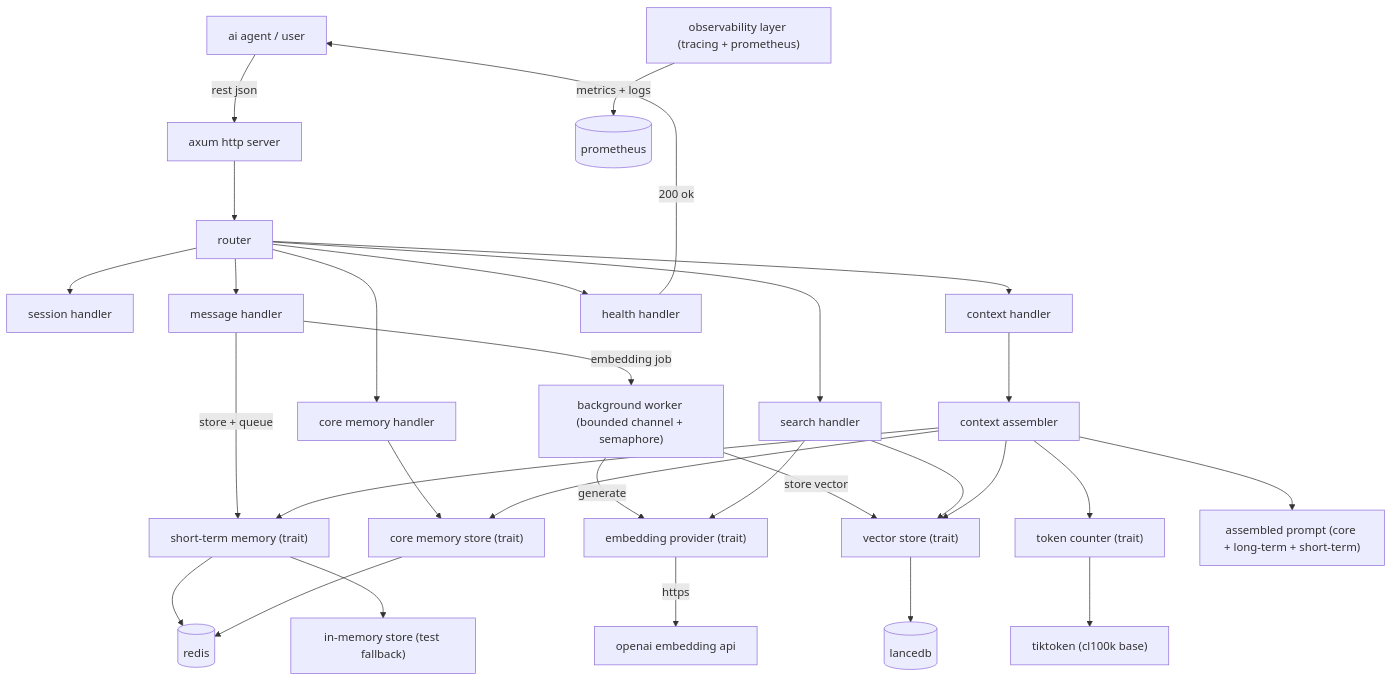
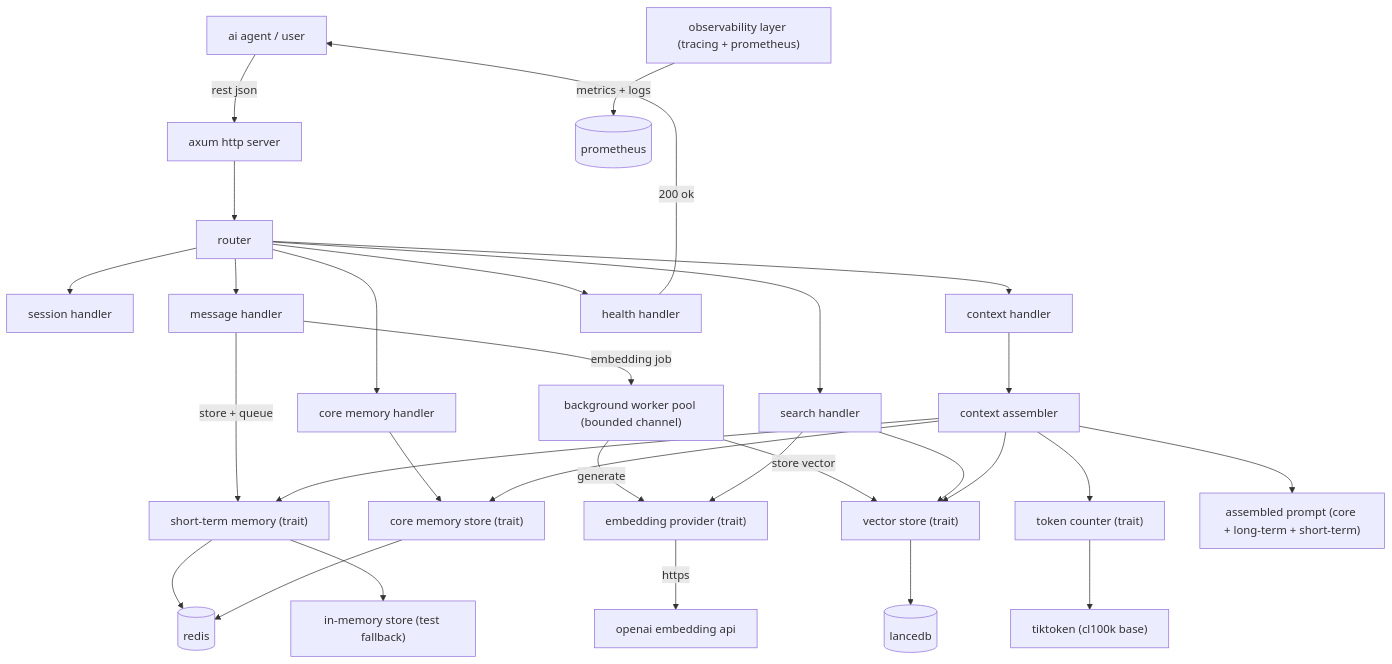
One commit to bit2swaz/engram changed the diagram in docs/ARCHITECTURE.md. Above: the diagram before and after it, drawn with Mermaid. The commit also changed other lines of this file and 19 other files, not shown here.

````diff
--- a/docs/ARCHITECTURE.md
+++ b/docs/ARCHITECTURE.md
@@ -23,42 +23,42 @@
 ```mermaid
 graph TD
     client["ai agent / user"] -->|rest json| axum["axum http server"]
     axum --> router["router"]
 
     router --> sessionhandler["session handler"]
     router --> memoryhandler["message handler"]
     router --> contexthandler["context handler"]
     router --> searchhandler["search handler"]
     router --> corememhandler["core memory handler"]
     router --> healthhandler["health handler"]
 
     memoryhandler -->|store + queue| shortterm["short-term memory (trait)"]
-    memoryhandler -->|embedding job| embedqueue["background worker (bounded channel + semaphore)"]
+    memoryhandler -->|embedding job| embedqueue["background worker pool (bounded channel)"]
 
     shortterm --> redis[("redis")]
     shortterm --> inmem["in-memory store (test fallback)"]
 
     embedqueue -->|generate| embedprovider["embedding provider (trait)"]
     embedprovider -->|https| openai["openai embedding api"]
 
     embedqueue -->|store vector| longterm["vector store (trait)"]
     longterm --> lancedb[("lancedb")]
 
     corememhandler --> coremem["core memory store (trait)"]
     coremem --> redis
 
     searchhandler --> embedprovider
     searchhandler --> longterm
 
     contexthandler --> assembler["context assembler"]
     assembler --> shortterm
     assembler --> longterm
     assembler --> coremem
     assembler --> tokencounter["token counter (trait)"]
     tokencounter --> tiktoken["tiktoken (cl100k base)"]
     assembler --> finalcontext["assembled prompt (core + long-term + short-term)"]
 
     healthhandler -->|200 ok| client
 
     observability["observability layer (tracing + prometheus)"] -->|metrics + logs| prometheus[("prometheus")]
 ```
````
